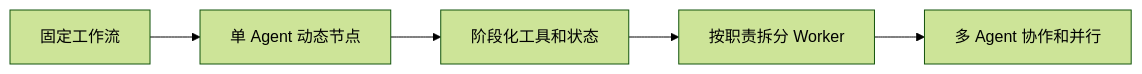
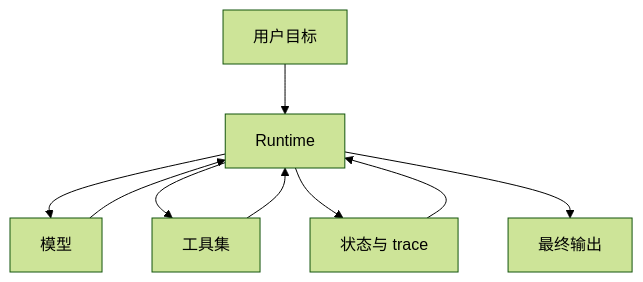
Before and after one commit to Doge2077/liyyro: the first of 2 diagrams in docs/AI/Agent/Agent协作/Single-Agent与Multi-Agent.md, drawn with Mermaid (forest theme). The commit also changed other lines of this file and 27 other files, not shown here.

````diff
--- a/docs/AI/Agent/Agent协作/Single-Agent与Multi-Agent.md
+++ b/docs/AI/Agent/Agent协作/Single-Agent与Multi-Agent.md
@@ -54,7 +31,11 @@
 ```mermaid
-flowchart LR
-  A["固定工作流"] --> B["单 Agent 动态节点"]
-  B --> C["阶段化工具和状态"]
-  C --> D["按职责拆分 Worker"]
-  D --> E["多 Agent 协作和并行"]
+flowchart TD
+  U["用户目标"] --> R["Runtime"]
+  R --> M["模型"]
+  M --> R
+  R --> T["工具集"]
+  T --> R
+  R --> S["状态与 trace"]
+  S --> R
+  R --> A["最终输出"]
 ```
````
